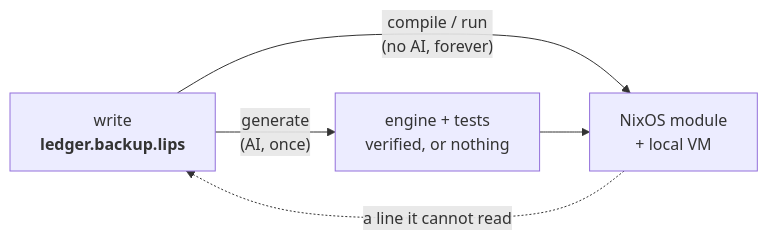
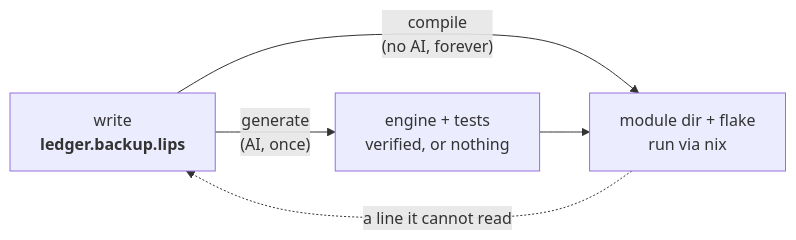
Before and after one commit to cornerman/lips: the diagram in README.md, drawn with Mermaid. The commit also changed other lines of this file and 2 other files, not shown here.

Commit message:
docs: run axis is nix over the compiled dir (README, DESIGN §13, justfile)

````diff
--- a/README.md
+++ b/README.md
@@ -96,8 +102,8 @@
 ```mermaid
 flowchart LR
     W["write<br><b>ledger.backup.lips</b>"]
     W -->|"generate<br>(AI, once)"| E["engine + tests<br>verified, or nothing"]
-    W -->|"compile / run<br>(no AI, forever)"| M["NixOS module<br>+ local VM"]
+    W -->|"compile<br>(no AI, forever)"| M["module dir + flake<br>run via nix"]
     E --> M
     M -.->|"a line it cannot read"| W
 ```
````
